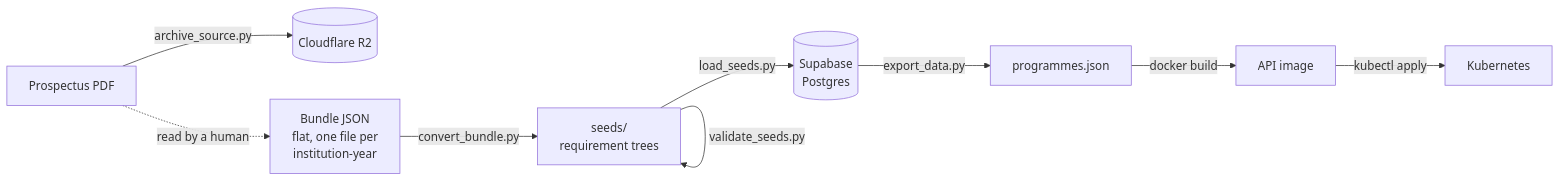
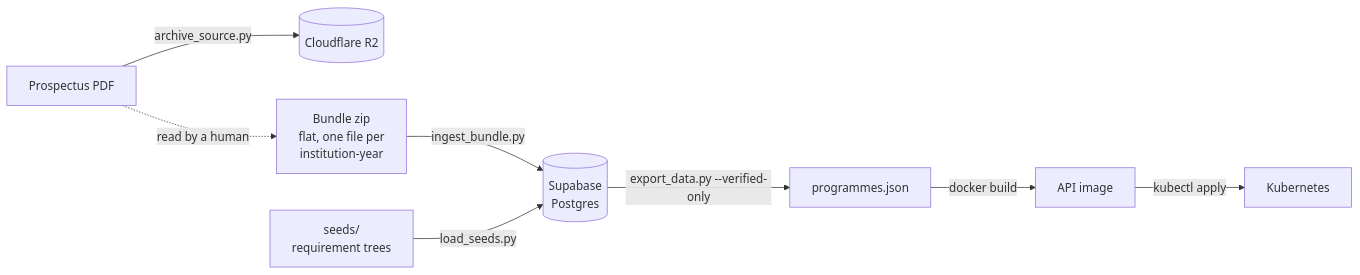
Before and after one commit to itumeleng-itu/cf-data: the second of 2 diagrams in README.md, drawn with Mermaid. The commit also changed other lines of this file and 8 other files, not shown here.

````diff
--- a/README.md
+++ b/README.md
@@ -37,11 +37,10 @@
 ```mermaid
 flowchart LR
     PDF[Prospectus PDF] -->|archive_source.py| R2[(Cloudflare R2)]
-    PDF -.->|read by a human| B[Bundle JSON<br/>flat, one file per<br/>institution-year]
-    B -->|convert_bundle.py| S[seeds/<br/>requirement trees]
-    S -->|validate_seeds.py| S
-    S -->|load_seeds.py| DB[(Supabase<br/>Postgres)]
-    DB -->|export_data.py| J[programmes.json]
+    PDF -.->|read by a human| B[Bundle zip<br/>flat, one file per<br/>institution-year]
+    B -->|ingest_bundle.py| DB[(Supabase<br/>Postgres)]
+    S[seeds/<br/>requirement trees] -->|load_seeds.py| DB
+    DB -->|export_data.py --verified-only| J[programmes.json]
     J -->|docker build| IMG[API image]
     IMG -->|kubectl apply| K8S[Kubernetes]
 ```
````
